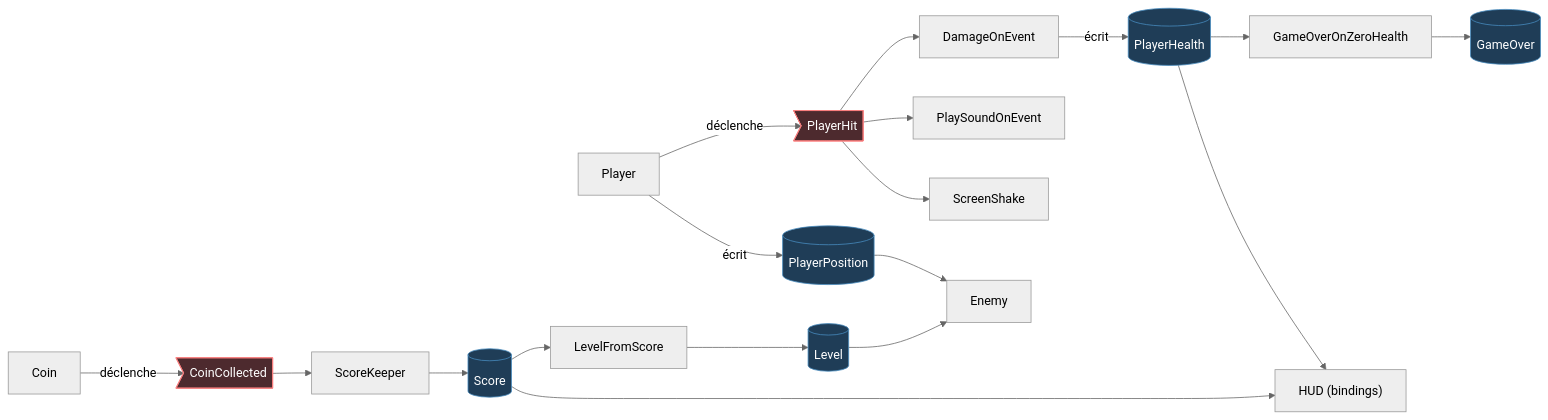
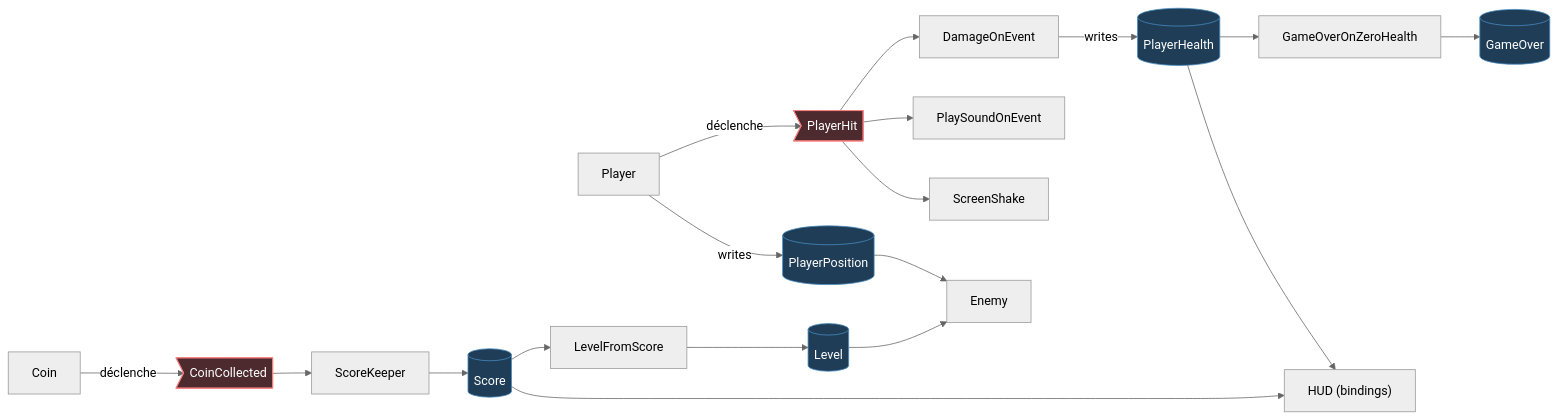
One commit to joranmarcy/Godot-MEDS-Comparison changed the third of 3 diagrams in presentation/slides.md. Above: the diagram before and after it, drawn with Mermaid (neutral theme). The commit also changed other lines of this file and 18 other files, not shown here.

````diff
--- a/presentation/slides.md
+++ b/presentation/slides.md
@@ -956,24 +927,24 @@
 ```mermaid
 flowchart LR
-  Player["Player"] -- "écrit" --> PP[("PlayerPosition")]
+  Player["Player"] -- "writes" --> PP[("PlayerPosition")]
   PP --> Enemy["Enemy"]
   Player -- "déclenche" --> PH>"PlayerHit"]
   PH --> Shake["ScreenShake"]
   PH --> SFX["PlaySoundOnEvent"]
   PH --> DMG["DamageOnEvent"]
-  DMG -- "écrit" --> HP[("PlayerHealth")]
+  DMG -- "writes" --> HP[("PlayerHealth")]
   HP --> HUD["HUD (bindings)"]
   HP --> GOZ["GameOverOnZeroHealth"]
   GOZ --> GO[("GameOver")]
   Coin["Coin"] -- "déclenche" --> CC>"CoinCollected"]
   CC --> SK["ScoreKeeper"]
   SK --> SC[("Score")]
   SC --> HUD
   SC --> LFS["LevelFromScore"]
   LFS --> LV[("Level")]
   LV --> Enemy
   classDef var fill:#1f3d57,stroke:#478cbf,color:#fff
   classDef evt fill:#4d2a2e,stroke:#fc7f7f,color:#fff
   class PP,HP,GO,SC,LV var
   class PH,CC evt
 ```
````
